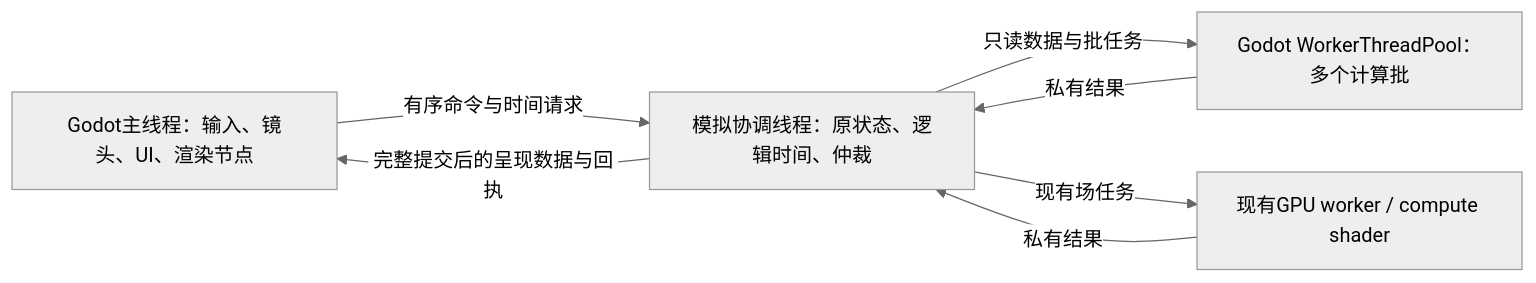
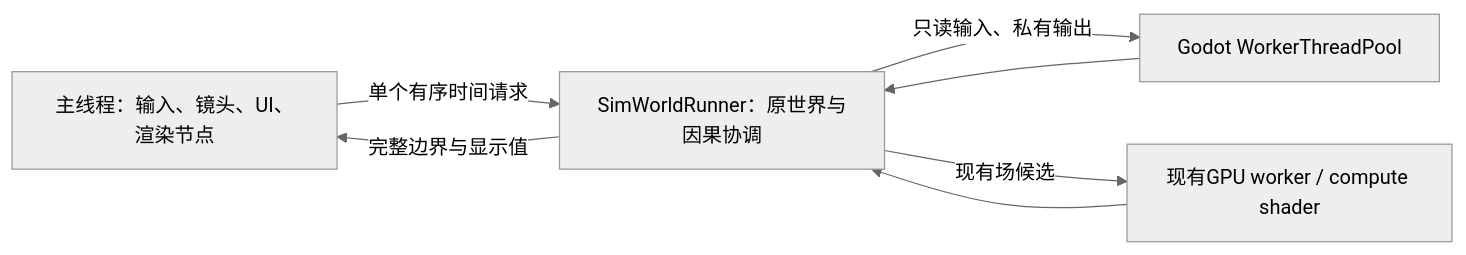
The diagram in docs/specs/world-engine/execution.md (fewnfds/reol), drawn with Mermaid (neutral theme) before and after one commit. The commit also changed other lines of this file and 44 other files, not shown here.

````diff
--- a/docs/specs/world-engine/execution.md
+++ b/docs/specs/world-engine/execution.md
@@ -9,9 +7,9 @@
 ```mermaid
 flowchart LR
-    Host["Godot主线程：输入、镜头、UI、渲染节点"] -->|有序命令与时间请求| Sim["模拟协调线程：原状态、逻辑时间、仲裁"]
-    Sim -->|只读数据与批任务| CPU["Godot WorkerThreadPool：多个计算批"]
-    Sim -->|现有场任务| GPU["现有GPU worker / compute shader"]
-    CPU -->|私有结果| Sim
-    GPU -->|私有结果| Sim
-    Sim -->|完整提交后的呈现数据与回执| Host
+    Host["主线程：输入、镜头、UI、渲染节点"] -->|单个有序时间请求| Sim["SimWorldRunner：原世界与因果协调"]
+    Sim -->|只读输入、私有输出| Pool["Godot WorkerThreadPool"]
+    Sim -->|现有场候选| GPU["现有GPU worker / compute shader"]
+    Pool --> Sim
+    GPU --> Sim
+    Sim -->|完整边界与显示值| Host
 ```
````
